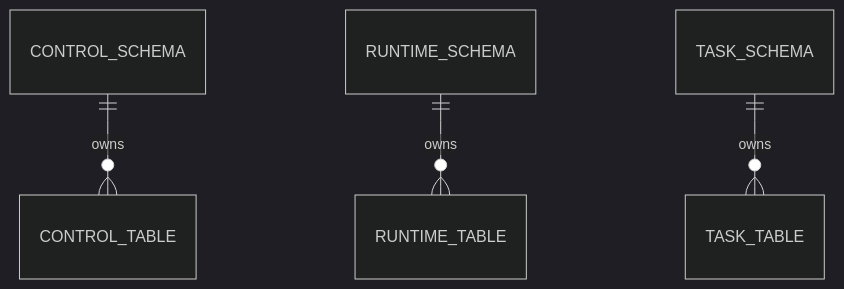
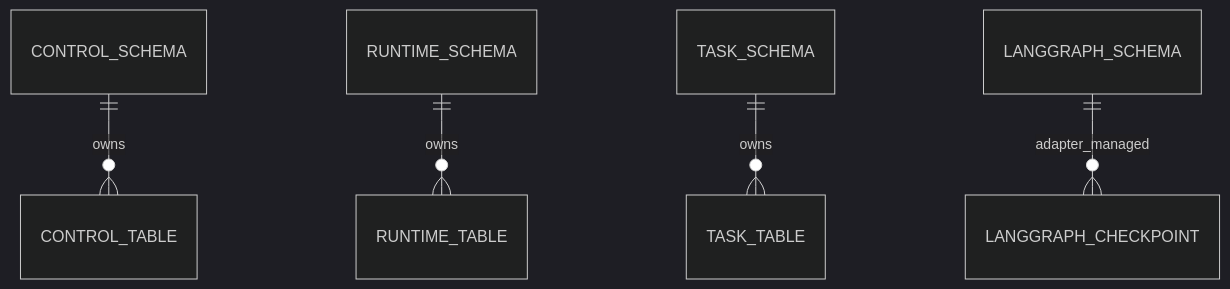
The second of 2 diagrams in .code-flow/tasks/2026-09-17/01-platform-foundation/01-platform-foundation.backend.design.md (Michaelxwb/fluxion-harness), drawn with Mermaid (dark theme) before and after one commit. The commit also changed other lines of this file and 33 other files, not shown here.

````diff
--- a/.code-flow/tasks/2026-09-17/01-platform-foundation/01-platform-foundation.backend.design.md
+++ b/.code-flow/tasks/2026-09-17/01-platform-foundation/01-platform-foundation.backend.design.md
@@ -153,6 +202,7 @@
 ```mermaid
 erDiagram
   CONTROL_SCHEMA ||--o{ CONTROL_TABLE : owns
   RUNTIME_SCHEMA ||--o{ RUNTIME_TABLE : owns
   TASK_SCHEMA ||--o{ TASK_TABLE : owns
+  LANGGRAPH_SCHEMA ||--o{ LANGGRAPH_CHECKPOINT : adapter_managed
 ```
````
